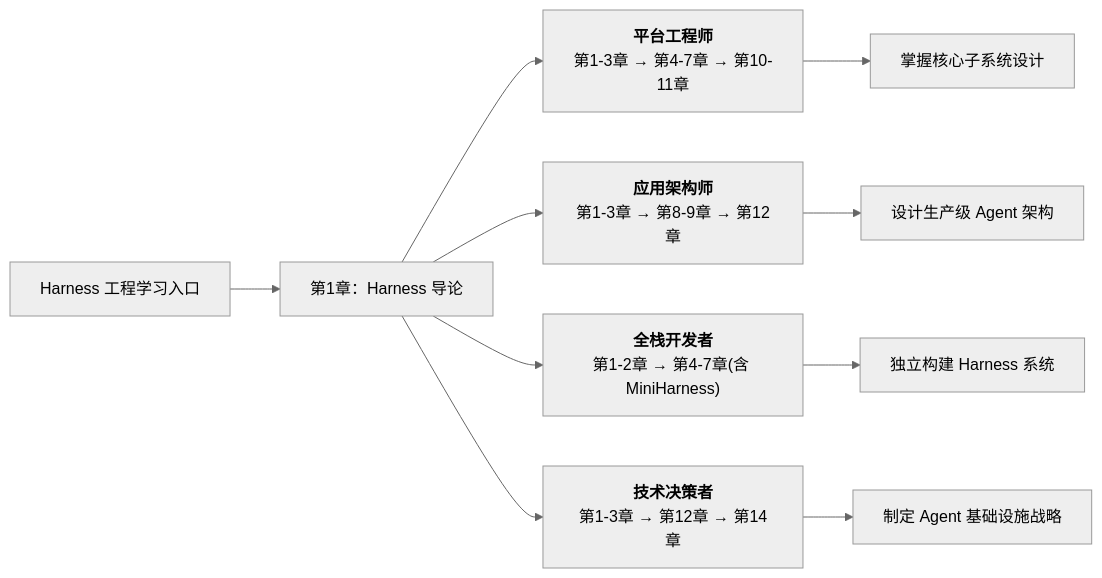
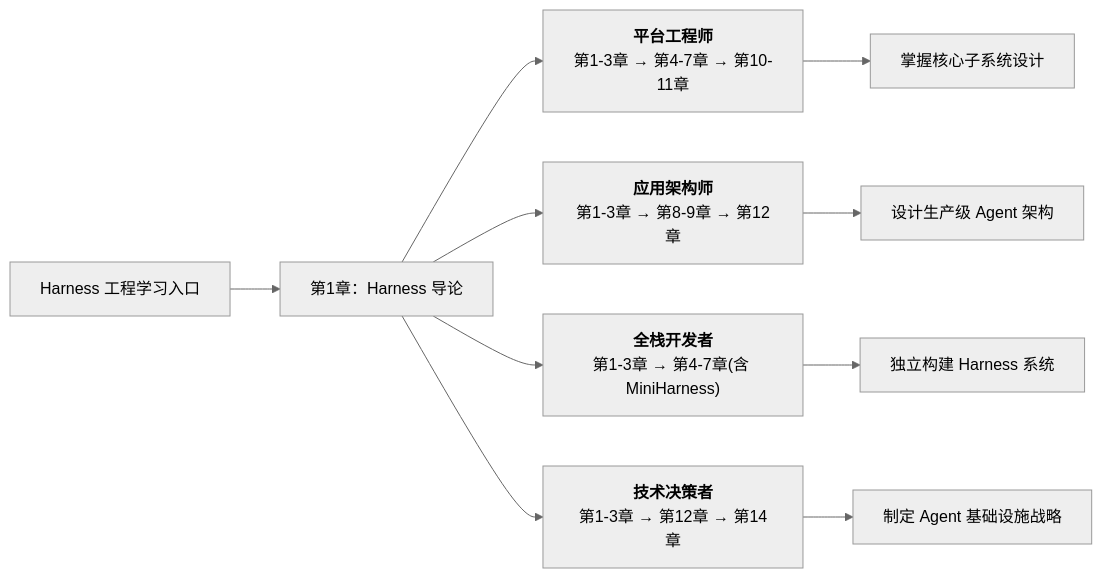
Before and after one commit to yeasy/harness_engineering_guide: the diagram in README.md, drawn with Mermaid (neutral theme). The commit also changed other lines of this file and 57 other files, not shown here.

````diff
--- a/README.md
+++ b/README.md
@@ -66,14 +66,14 @@
 ```mermaid
 graph LR
     Start[Harness 工程学习入口] --> Ch1[第1章：Harness 导论]
 
     Ch1 --> Role1["<b>平台工程师</b><br/>第1-3章 → 第4-7章 → 第10-11章"]
     Ch1 --> Role2["<b>应用架构师</b><br/>第1-3章 → 第8-9章 → 第12章"]
-    Ch1 --> Role3["<b>全栈开发者</b><br/>第1-2章 → 第4-7章(含 MiniHarness)"]
+    Ch1 --> Role3["<b>全栈开发者</b><br/>第1-3章 → 第4-7章(含 MiniHarness)"]
     Ch1 --> Role4["<b>技术决策者</b><br/>第1-3章 → 第12章 → 第14章"]
 
     Role1 --> End1["掌握核心子系统设计"]
     Role2 --> End2["设计生产级 Agent 架构"]
     Role3 --> End3["独立构建 Harness 系统"]
     Role4 --> End4["制定 Agent 基础设施战略"]
 ```
````
